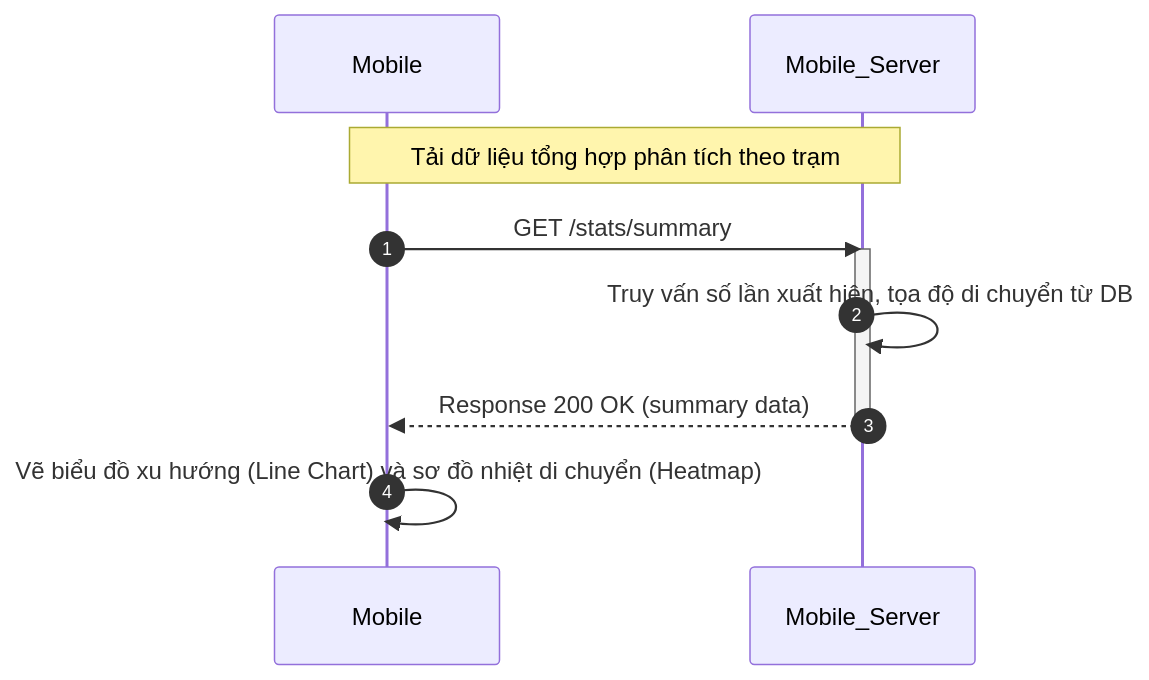
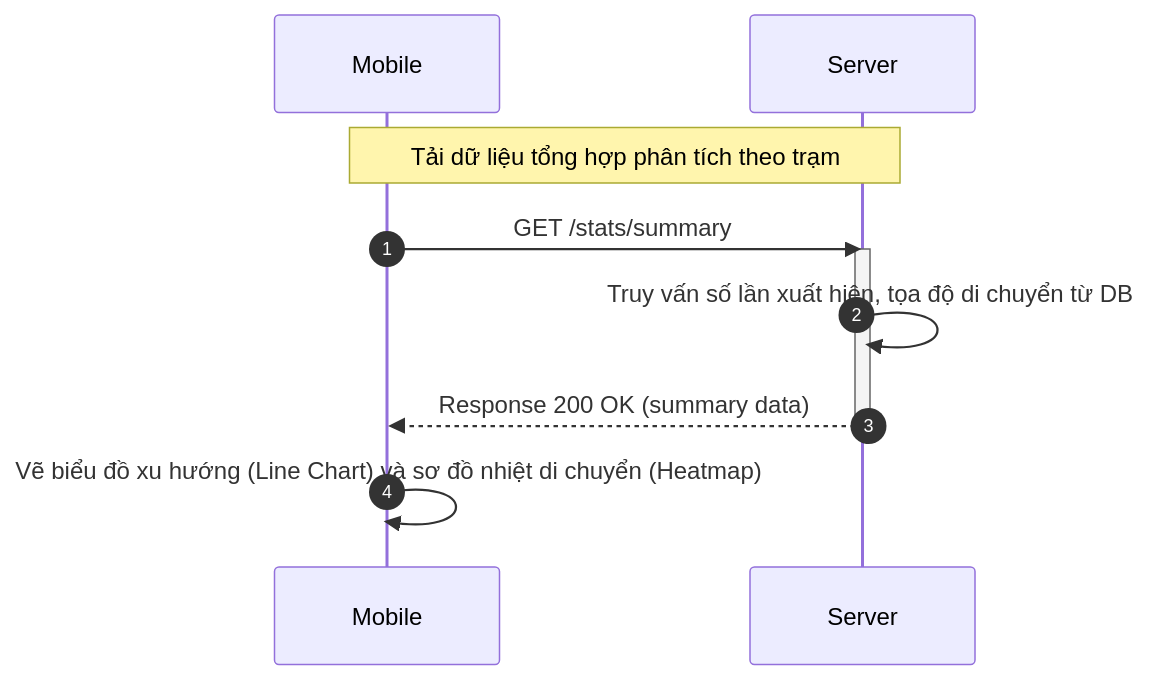
One commit to trungnguyenthien/Wildlife-Warning-and-Deterrence-System changed the eighth of 18 diagrams in docs/04-sequence-diagram.md. Above: the diagram before and after it, drawn with Mermaid. The commit also changed other lines of this file, not shown here.

Commit message:
docs: update sequence diagram to reflect latest system workflow changes

````diff
--- a/docs/04-sequence-diagram.md
+++ b/docs/04-sequence-diagram.md
@@ -341,14 +341,14 @@
 ```mermaid
 sequenceDiagram
     autonumber
     participant Mobile as Mobile
-    participant Mobile_Server as Mobile_Server
+    participant Server as Server
 
-    Note over Mobile, Mobile_Server: Tải dữ liệu tổng hợp phân tích theo trạm
-    Mobile->>Mobile_Server: GET /stats/summary
-    activate Mobile_Server
-    Mobile_Server->>Mobile_Server: Truy vấn số lần xuất hiện, tọa độ di chuyển từ DB
-    Mobile_Server-->>Mobile: Response 200 OK (summary data)
-    deactivate Mobile_Server
+    Note over Mobile, Server: Tải dữ liệu tổng hợp phân tích theo trạm
+    Mobile->>Server: GET /stats/summary
+    activate Server
+    Server->>Server: Truy vấn số lần xuất hiện, tọa độ di chuyển từ DB
+    Server-->>Mobile: Response 200 OK (summary data)
+    deactivate Server
     Mobile->>Mobile: Vẽ biểu đồ xu hướng (Line Chart) và sơ đồ nhiệt di chuyển (Heatmap)
 ```
````
